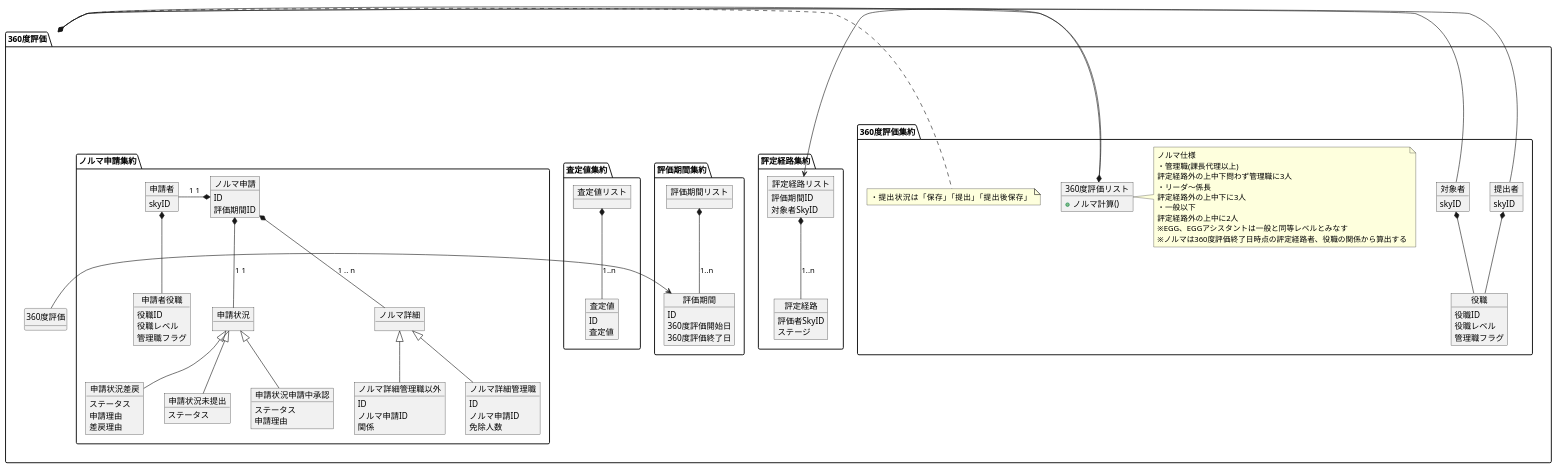
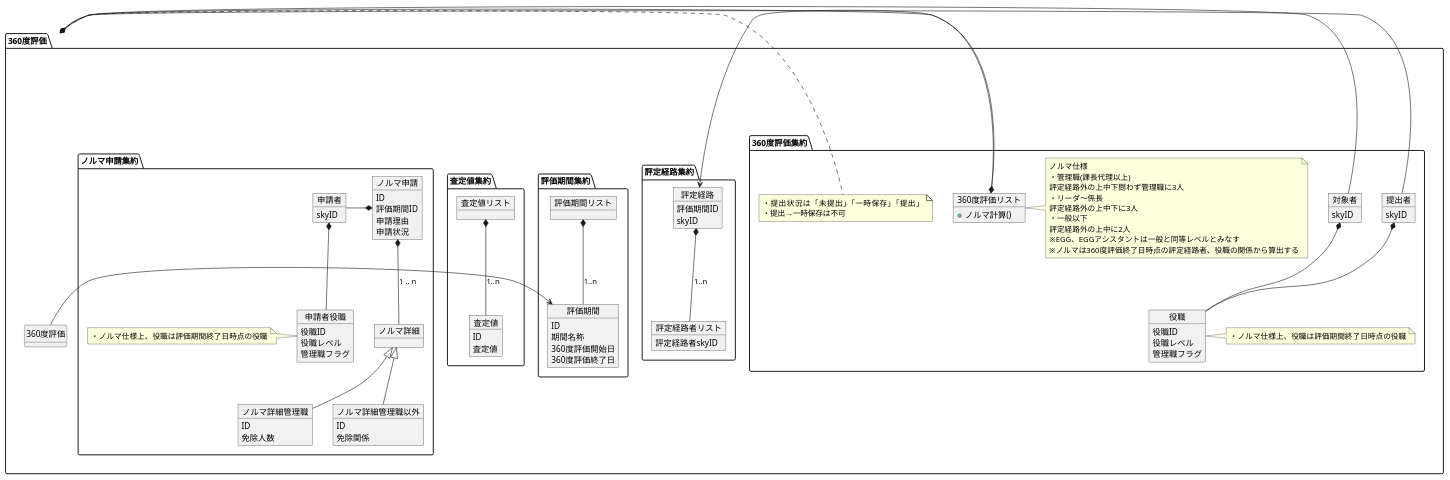
One commit to Nke0628/document changed the diagram in 360度評価/ドメインモデル図.pu. Above: the diagram before and after it, drawn with PlantUML.

Commit message:
360度評価ドメインモデル修正

```diff
--- a/360度評価/ドメインモデル図.pu
+++ b/360度評価/ドメインモデル図.pu
@@ -1,142 +1,132 @@
 @startuml
 top to bottom direction
 
 hide circle
 hide method
 
 package 360度評価 {
 
     package 360度評価集約{
         
         object 360度評価リスト {
             + ノルマ計算()
         }
         object 360度評価 {
             ID
             評価期間ID
             査定値ID
             良い点
             改善点
+            お客様からの評価か
             提出状況
         }
         object 提出者 {
             skyID
         }   
         object 対象者 {
             skyID
         }          
         object 役職 {
             役職ID
             役職レベル
             管理職フラグ
         }   
         360度評価リスト *-down- 360度評価
         360度評価 *-right- 提出者
         360度評価 *-right- 対象者
         提出者 *-down- 役職
         対象者 *-down- 役職
         note bottom of 360度評価
-        ・提出状況は「保存」「提出」「提出後保存」
+        ・提出状況は「未提出」「一時保存」「提出」
+        ・提出→一時保存は不可
         end note
         note right of 360度評価リスト
         ノルマ仕様
         ・管理職(課長代理以上)
         評定経路外の上中下問わず管理職に3人
         ・リーダ〜係長
         評定経路外の上中下に3人
         ・一般以下
         評定経路外の上中に2人
         ※EGG、EGGアシスタントは一般と同等レベルとみなす
         ※ノルマは360度評価終了日時点の評定経路者、役職の関係から算出する
         end note
+        note right of 役職
+        ・ノルマ仕様上、役職は評価期間終了日時点の役職
+        end note
     }
 
 
     package 評定経路集約{
-        object 評定経路リスト {
+        object 評定経路 {
             評価期間ID
-            対象者SkyID
+            skyID
         }
-        object 評定経路 {
-            評価者SkyID
-            ステージ
+        object 評定経路者リスト {
+            評定経路者skyID
         }
     } 
-    評定経路リスト *-down- 評定経路 : 1..n
-    360度評価リスト -left-> 評定経路リスト
+    評定経路 *-down- 評定経路者リスト : 1..n
+    360度評価リスト -left-> 評定経路
 
     package 評価期間集約{
         object 評価期間リスト {
         }
 
         object 評価期間 {
             ID
+            期間名称
             360度評価開始日
             360度評価終了日
         }
     }
     評価期間リスト *-down- 評価期間 : 1..n
     360度評価 -left-> 評価期間 
 
     package 査定値集約 {
         object 査定値リスト {
         }
 
         object 査定値 {
             ID
             査定値
         }
     }
     査定値リスト *-down- 査定値 : 1..n
 
     package ノルマ申請集約{
         object ノルマ申請 {
             ID
             評価期間ID
+            申請理由
+            申請状況
         }
         object 申請者 {
             skyID
         }   
         object 申請者役職 {
             役職ID
             役職レベル
             管理職フラグ
         }   
         object ノルマ詳細 {
         }
         object ノルマ詳細管理職 {
             ID
-            ノルマ申請ID
             免除人数        
         }
         object ノルマ詳細管理職以外 {
             ID
-            ノルマ申請ID
-            関係 
-        }
-        object 申請状況{
-        }
-        object 申請状況差戻{
-            ステータス
-            申請理由
-            差戻理由
-        }
-        object 申請状況未提出{
-            ステータス
-        }
-        object 申請状況申請中承認{
-            ステータス
-            申請理由
+            免除関係 
         }
         ノルマ申請 *-down- ノルマ詳細 : 1 .. n
         ノルマ詳細 <|-down- ノルマ詳細管理職
         ノルマ詳細 <|-down- ノルマ詳細管理職以外
-        ノルマ申請 *-left- 申請者 : 1 1
-        ノルマ申請 *-down- 申請状況 : 1 1
+        ノルマ申請 *-left- 申請者
         申請者 *-down- 申請者役職
-        申請状況 <|-down- 申請状況未提出
-        申請状況 <|-down- 申請状況申請中承認
-        申請状況 <|-down- 申請状況差戻
+        note left of 申請者役職
+        ・ノルマ仕様上、役職は評価期間終了日時点の役職
+        end note
     }
 }
 @enduml
```
